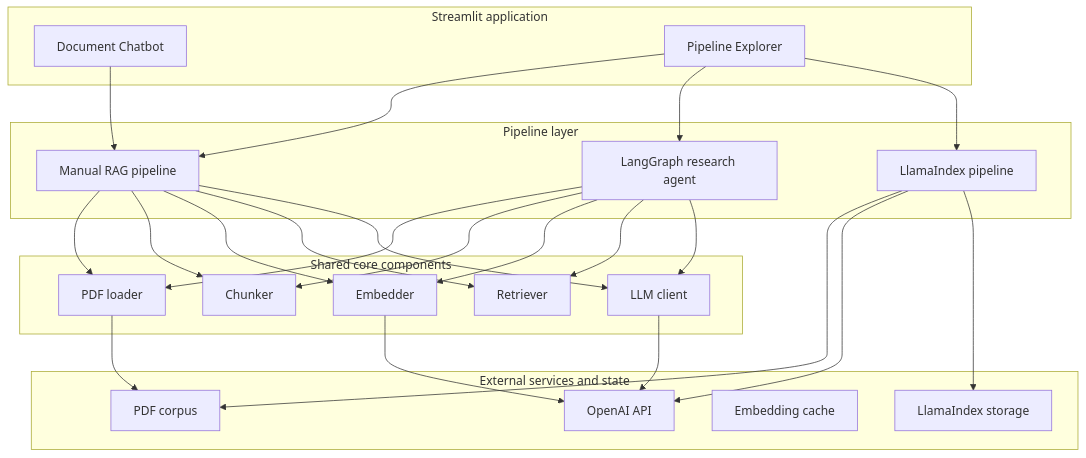
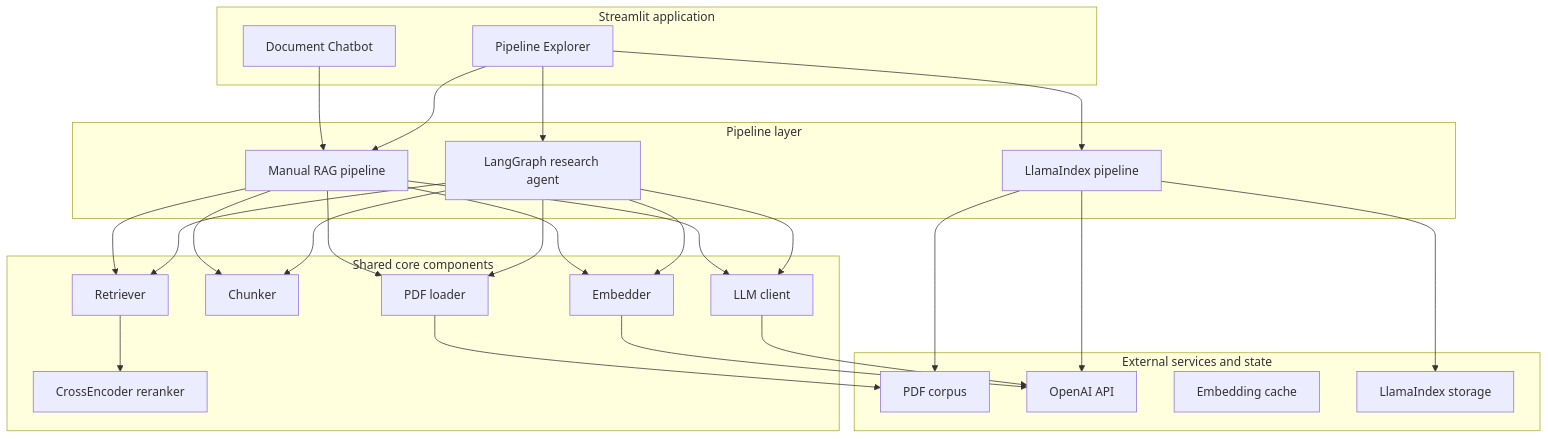
The diagram in README.md (4nechoic-hub/rag-llm-workflow), drawn with Mermaid before and after one commit. The commit also changed other lines of this file, not shown here.

Commit message:
docs: update README for CrossEncoder reranking and PipelineResult contract

````diff
--- a/README.md
+++ b/README.md
@@ -126,49 +127,50 @@
 ```mermaid
 flowchart TB
     subgraph UI[Streamlit application]
         chat[Document Chatbot]
         explore[Pipeline Explorer]
     end
 
     subgraph Pipelines[Pipeline layer]
         manual[Manual RAG pipeline]
         langgraph[LangGraph research agent]
         llama[LlamaIndex pipeline]
     end
 
     subgraph Core[Shared core components]
         pdf[PDF loader]
         chunk[Chunker]
         embed[Embedder]
         retrieve[Retriever]
+        rerank[CrossEncoder reranker]
         llm[LLM client]
     end
 
     subgraph Storage[External services and state]
         docs[PDF corpus]
         openai[OpenAI API]
         cache[Embedding cache]
         li[LlamaIndex storage]
     end
 
     chat --> manual
     explore --> manual
     explore --> langgraph
     explore --> llama
 
     manual --> pdf --> docs
     manual --> chunk
     manual --> embed --> openai
-    manual --> retrieve
+    manual --> retrieve --> rerank
     manual --> llm --> openai
 
     langgraph --> pdf
     langgraph --> chunk
     langgraph --> embed
     langgraph --> retrieve
     langgraph --> llm
 
     llama --> docs
     llama --> openai
     llama --> li
 ```
````
